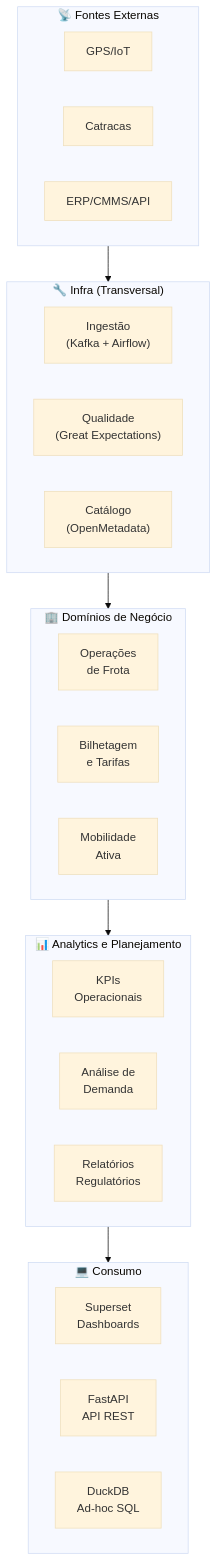
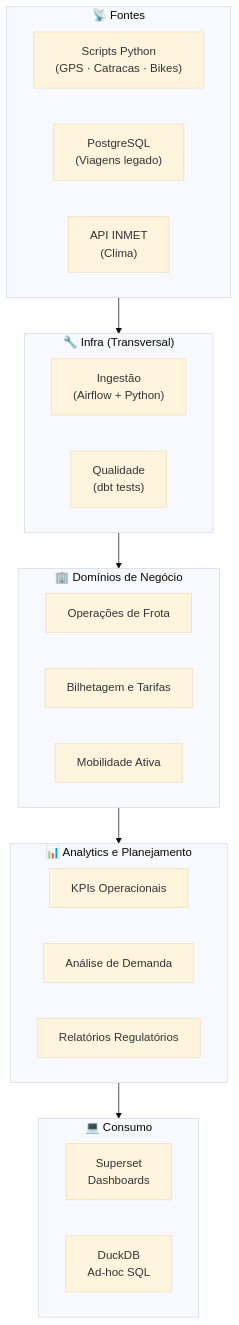
One commit to eduardohirle22/Trabalho-engenharia-de-dados changed the third of 3 diagrams in mobilidade-urbana-dataeng/docs/03-dominios-servicos.md. Above: the diagram before and after it, drawn with Mermaid (base theme). The commit also changed other lines of this file and 10 other files, not shown here.

````diff
--- a/mobilidade-urbana-dataeng/docs/03-dominios-servicos.md
+++ b/mobilidade-urbana-dataeng/docs/03-dominios-servicos.md
@@ -163,37 +153,35 @@
 ```mermaid
 graph TD
-    subgraph FONTES["📡 Fontes Externas"]
-        F1["GPS/IoT"]
-        F2["Catracas"]
-        F3["ERP/CMMS/API"]
+    subgraph FONTES["📡 Fontes"]
+        F1["Scripts Python\n(GPS · Catracas · Bikes)"]
+        F2["PostgreSQL\n(Viagens legado)"]
+        F3["API INMET\n(Clima)"]
     end
 
     subgraph INFRA_DOM["🔧 Infra (Transversal)"]
-        INGEST["Ingestão\n(Kafka + Airflow)"]
-        QUALITY["Qualidade\n(Great Expectations)"]
-        CATALOG["Catálogo\n(OpenMetadata)"]
+        INGEST["Ingestão\n(Airflow + Python)"]
+        QUALITY["Qualidade\n(dbt tests)"]
     end
 
     subgraph BIZ_DOM["🏢 Domínios de Negócio"]
-        FLEET["Operações\nde Frota"]
-        TICKET["Bilhetagem\ne Tarifas"]
-        BIKE["Mobilidade\nAtiva"]
+        FLEET["Operações de Frota"]
+        TICKET["Bilhetagem e Tarifas"]
+        BIKE["Mobilidade Ativa"]
     end
 
     subgraph ANALYTICS_DOM["📊 Analytics e Planejamento"]
-        KPI["KPIs\nOperacionais"]
-        DEMAND["Análise de\nDemanda"]
-        REG["Relatórios\nRegulatórios"]
+        KPI["KPIs Operacionais"]
+        DEMAND["Análise de Demanda"]
+        REG["Relatórios Regulatórios"]
     end
 
     subgraph CONSUME["💻 Consumo"]
         DASH["Superset\nDashboards"]
-        API_C["FastAPI\nAPI REST"]
         SQL["DuckDB\nAd-hoc SQL"]
     end
 
     FONTES --> INFRA_DOM
     INFRA_DOM --> BIZ_DOM
     BIZ_DOM --> ANALYTICS_DOM
     ANALYTICS_DOM --> CONSUME
 ```
````
